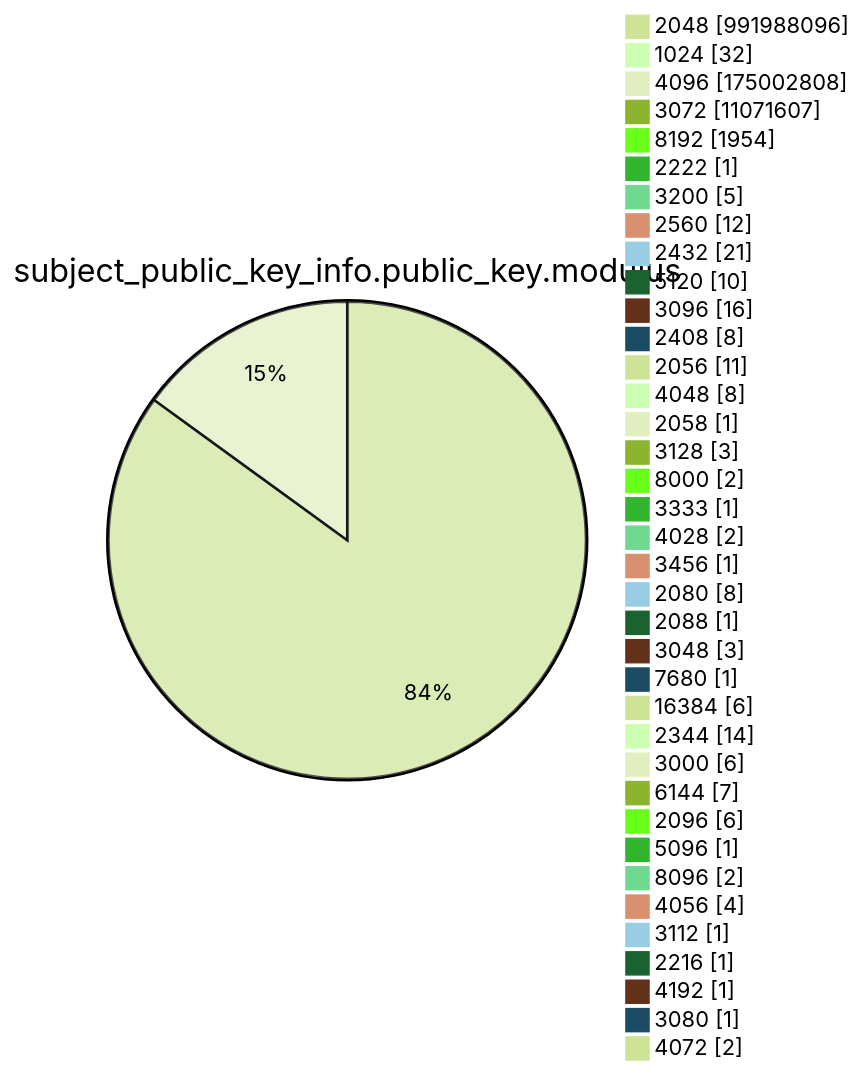
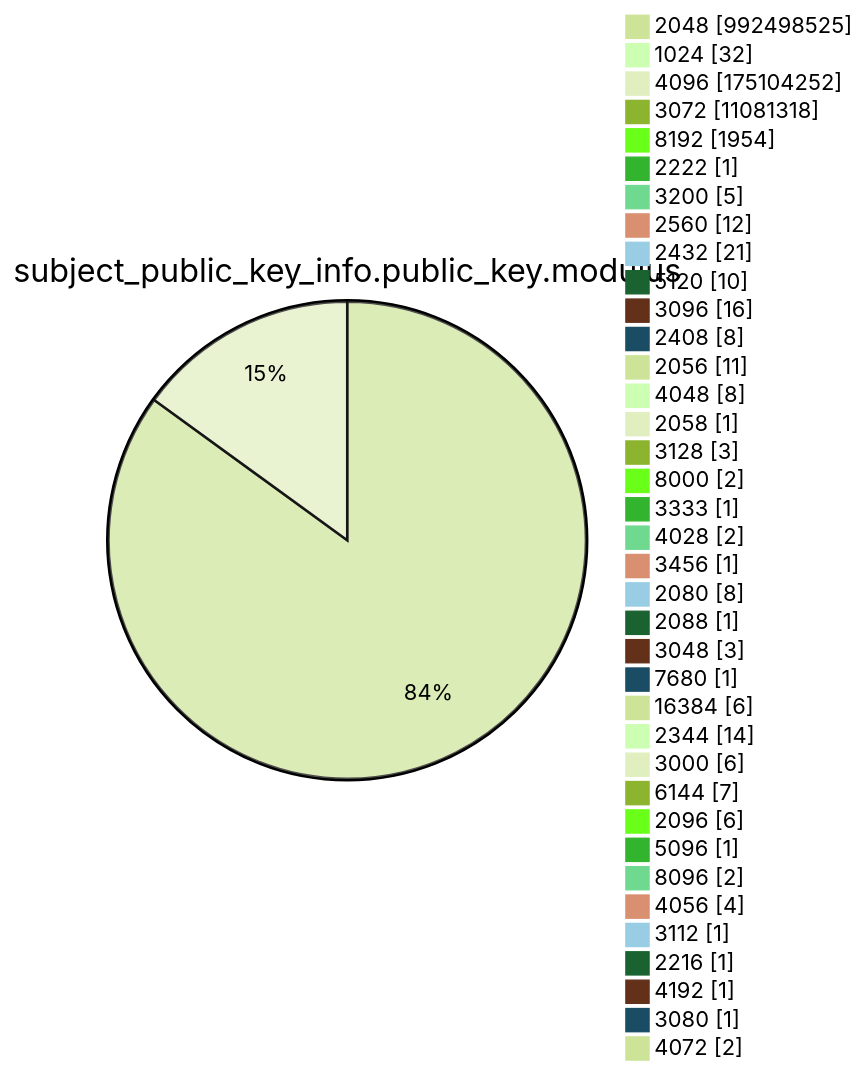
One commit to christiankrug/ctmonitor_visualization changed diagram 13 of 15 in argon2022/README.md. Above: the diagram before and after it, drawn with Mermaid (forest theme). The commit also changed other lines of this file, not shown here.

````diff
--- a/argon2022/README.md
+++ b/argon2022/README.md
@@ -3587,41 +3587,41 @@
 ```mermaid
 pie showData
 title subject_public_key_info.public_key.modulus
-"2048" :991988096
+"2048" :992498525
 "1024" :32
-"4096" :175002808
-"3072" :11071607
+"4096" :175104252
+"3072" :11081318
 "8192" :1954
 "2222" :1
 "3200" :5
 "2560" :12
 "2432" :21
 "5120" :10
 "3096" :16
 "2408" :8
 "2056" :11
 "4048" :8
 "2058" :1
 "3128" :3
 "8000" :2
 "3333" :1
 "4028" :2
 "3456" :1
 "2080" :8
 "2088" :1
 "3048" :3
 "7680" :1
 "16384" :6
 "2344" :14
 "3000" :6
 "6144" :7
 "2096" :6
 "5096" :1
 "8096" :2
 "4056" :4
 "3112" :1
 "2216" :1
 "4192" :1
 "3080" :1
 "4072" :2
 ```
````
